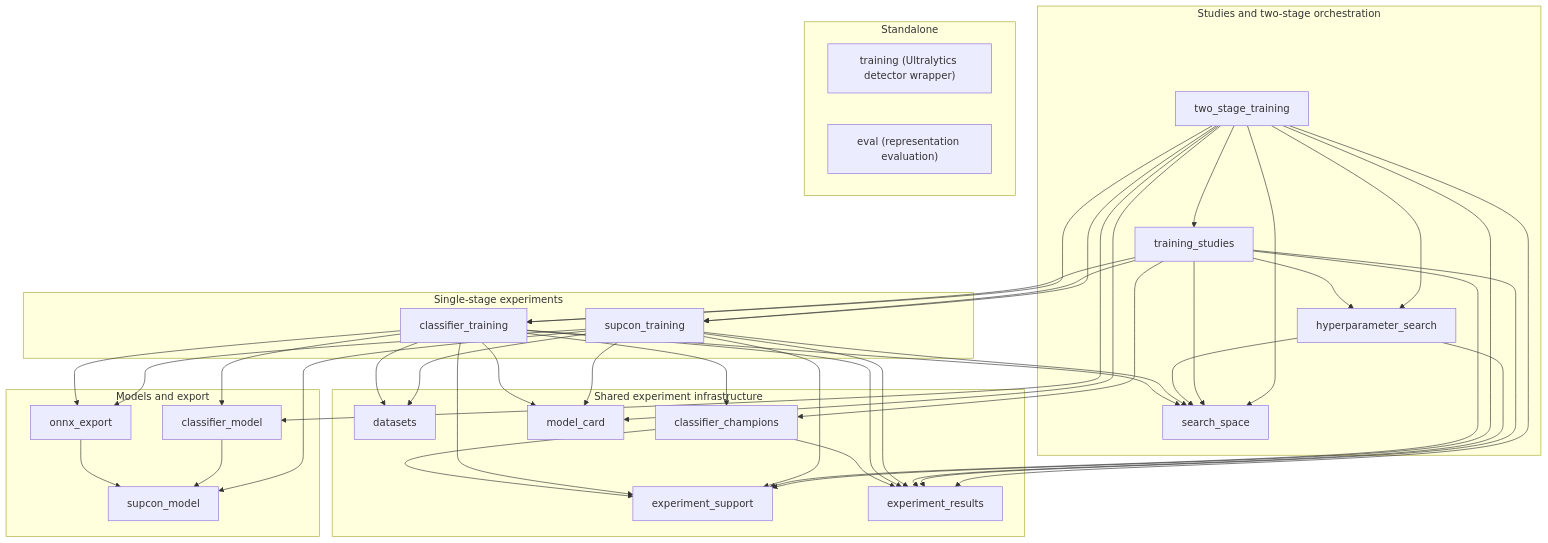
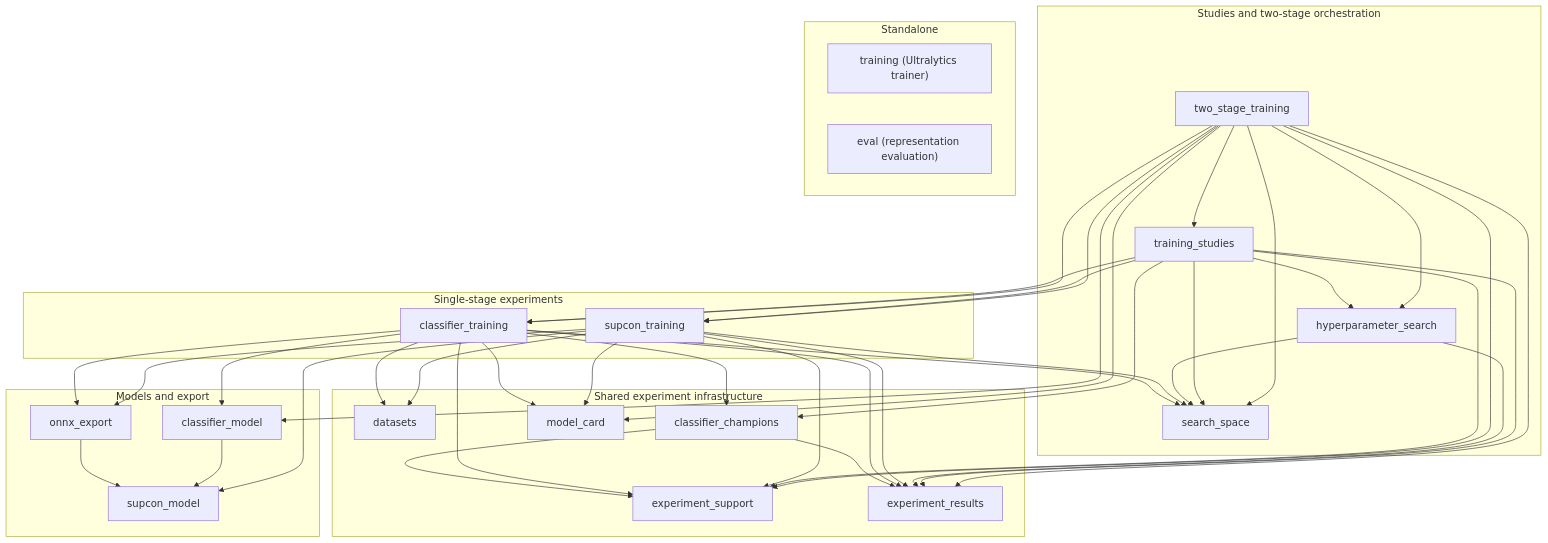
Before and after one commit to ssciwr/smartrodent_experiments: the third of 7 diagrams in README.md, drawn with Mermaid. The commit also changed other lines of this file and 18 other files, not shown here.

````diff
--- a/README.md
+++ b/README.md
@@ -253,77 +255,77 @@
 ```mermaid
 flowchart TB
     subgraph orchestration["Studies and two-stage orchestration"]
         two_stage_training
         training_studies
         hyperparameter_search
         search_space
     end
 
     subgraph stages["Single-stage experiments"]
         supcon_training
         classifier_training
     end
 
     subgraph models["Models and export"]
         supcon_model
         classifier_model
         onnx_export
     end
 
     subgraph support["Shared experiment infrastructure"]
         datasets
         experiment_support
         experiment_results
         classifier_champions
         model_card
     end
 
     subgraph standalone["Standalone"]
-        training["training (Ultralytics detector wrapper)"]
+        training["training (Ultralytics trainer)"]
         eval["eval (representation evaluation)"]
     end
 
     two_stage_training --> training_studies
     two_stage_training --> hyperparameter_search
     two_stage_training --> search_space
     two_stage_training --> supcon_training
     two_stage_training --> classifier_training
     two_stage_training --> classifier_model
     two_stage_training --> model_card
     two_stage_training --> experiment_support
     two_stage_training --> experiment_results
 
     training_studies --> hyperparameter_search
     training_studies --> search_space
     training_studies --> supcon_training
     training_studies --> classifier_training
     training_studies --> classifier_champions
     training_studies --> experiment_support
     training_studies --> experiment_results
 
     hyperparameter_search --> search_space
     hyperparameter_search --> experiment_results
 
     supcon_training --> supcon_model
     supcon_training --> onnx_export
     supcon_training --> datasets
     supcon_training --> experiment_support
     supcon_training --> experiment_results
     supcon_training --> model_card
     supcon_training --> search_space
 
     classifier_training --> classifier_model
     classifier_training --> onnx_export
     classifier_training --> datasets
     classifier_training --> experiment_support
     classifier_training --> experiment_results
     classifier_training --> classifier_champions
     classifier_training --> model_card
     classifier_training --> search_space
 
     classifier_model --> supcon_model
     onnx_export --> supcon_model
 
     classifier_champions --> experiment_support
     classifier_champions --> experiment_results
 ```
````
